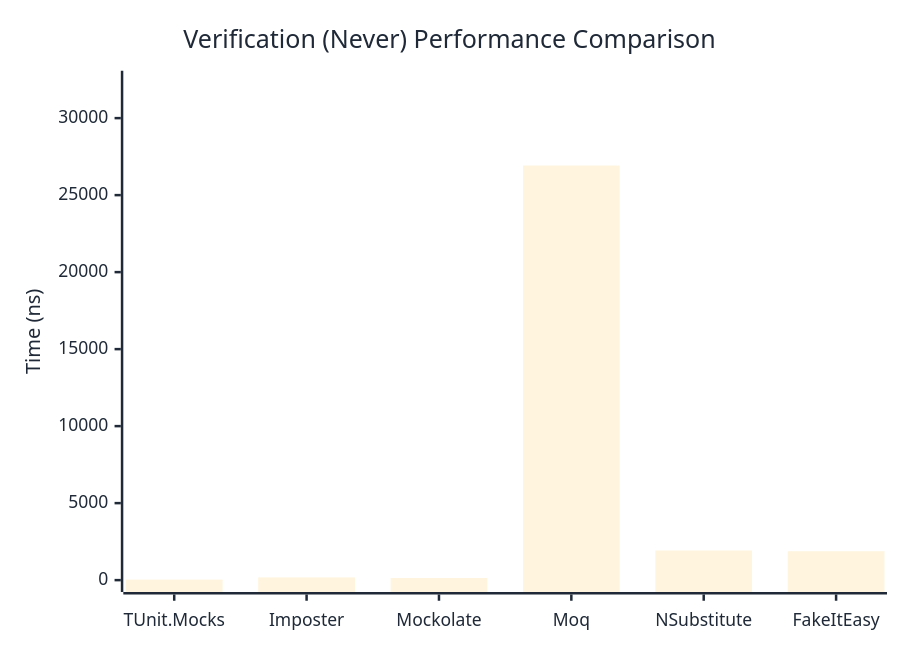
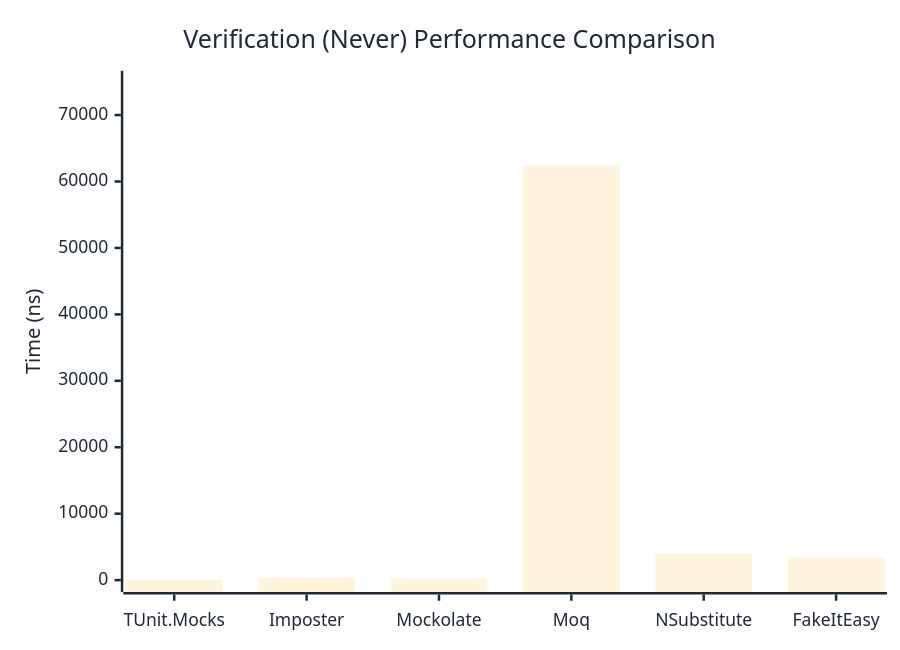
One commit to thomhurst/TUnit changed the second of 3 diagrams in docs/docs/benchmarks/mocks/Verification.md. Above: the diagram before and after it, drawn with Mermaid. The commit also changed other lines of this file and 14 other files, not shown here.

````diff
--- a/docs/docs/benchmarks/mocks/Verification.md
+++ b/docs/docs/benchmarks/mocks/Verification.md
@@ -71,27 +71,27 @@
 ```mermaid
 %%{init: {
   'theme':'base',
   'themeVariables': {
     'primaryColor': '#2563eb',
     'primaryTextColor': '#1f2937',
     'primaryBorderColor': '#1e40af',
     'lineColor': '#6b7280',
     'secondaryColor': '#7c3aed',
     'tertiaryColor': '#dc2626',
     'background': '#ffffff',
     'pie1': '#2563eb',
     'pie2': '#7c3aed',
     'pie3': '#dc2626',
     'pie4': '#f59e0b',
     'pie5': '#10b981',
     'pie6': '#06b6d4',
     'pie7': '#ec4899',
     'pie8': '#6366f1'
   }
 }}%%
 xychart-beta
   title "Verification (Never) Performance Comparison"
   x-axis ["TUnit.Mocks", "Imposter", "Mockolate", "Moq", "NSubstitute", "FakeItEasy"]
-  y-axis "Time (ns)" 0 --> 32305
-  bar [32.68, 173.57, 136.28, 26920.63, 1923.76, 1874.41]
+  y-axis "Time (ns)" 0 --> 74882
+  bar [57.73, 359.6, 263.44, 62401.04, 3933.09, 3442.92]
 ```
````
